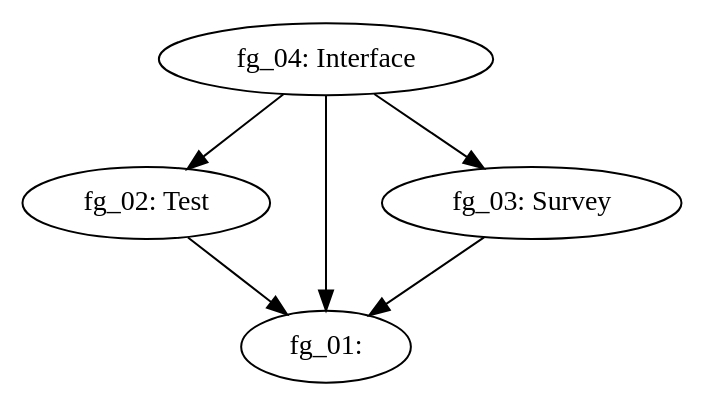
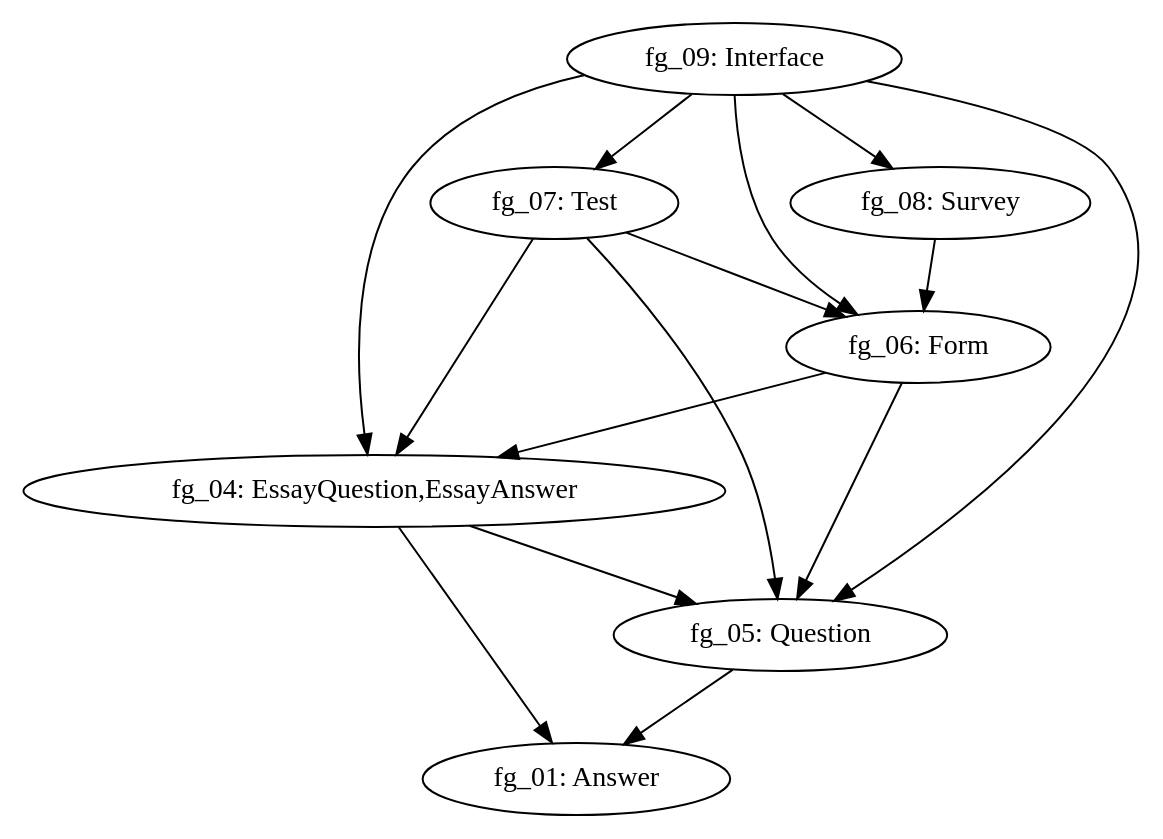
The diagram in files/demo-design2/demo-design2_UH.dot (FrankHZFang/ArchData), drawn with Graphviz before and after one commit. The commit also changed 1595 other files, not shown here.

```diff
--- a/files/demo-design2/demo-design2_UH.dot
+++ b/files/demo-design2/demo-design2_UH.dot
@@ -1,7 +1,16 @@
 digraph G { 
-"fg_02: Test" -> "fg_01: "; 
-"fg_03: Survey" -> "fg_01: "; 
-"fg_04: Interface" -> "fg_03: Survey"; 
-"fg_04: Interface" -> "fg_01: "; 
-"fg_04: Interface" -> "fg_02: Test"; 
+"fg_04: EssayQuestion,EssayAnswer" -> "fg_05: Question"; 
+"fg_04: EssayQuestion,EssayAnswer" -> "fg_01: Answer"; 
+"fg_05: Question" -> "fg_01: Answer"; 
+"fg_06: Form" -> "fg_05: Question"; 
+"fg_06: Form" -> "fg_04: EssayQuestion,EssayAnswer"; 
+"fg_07: Test" -> "fg_06: Form"; 
+"fg_07: Test" -> "fg_05: Question"; 
+"fg_07: Test" -> "fg_04: EssayQuestion,EssayAnswer"; 
+"fg_08: Survey" -> "fg_06: Form"; 
+"fg_09: Interface" -> "fg_08: Survey"; 
+"fg_09: Interface" -> "fg_05: Question"; 
+"fg_09: Interface" -> "fg_06: Form"; 
+"fg_09: Interface" -> "fg_04: EssayQuestion,EssayAnswer"; 
+"fg_09: Interface" -> "fg_07: Test"; 
 }
```
